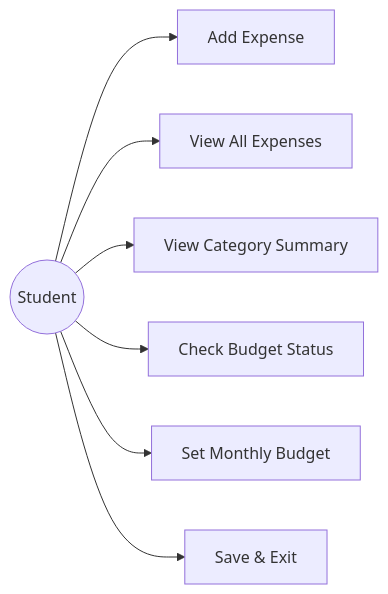
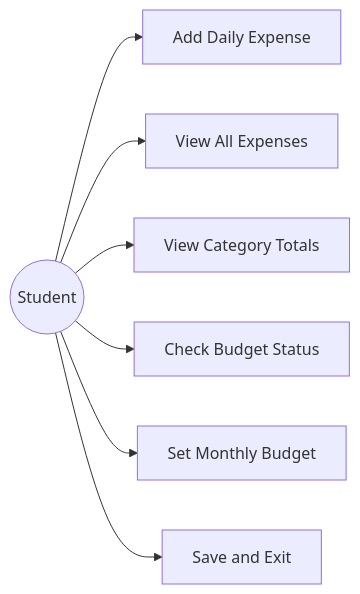
Before and after one commit to Aditya26bai10148-creator/student-expense-tracker: the second of 5 diagrams in PROJECT_REPORT.md, drawn with Mermaid. The commit also changed other lines of this file and 2 other files, not shown here.

Commit message:
Humanize report and documentation with natural student tone and campus context

````diff
--- a/PROJECT_REPORT.md
+++ b/PROJECT_REPORT.md
@@ -80,10 +97,10 @@
 ```mermaid
 flowchart LR
     Student((Student))
-    Student --> UC1[Add Expense]
+    Student --> UC1[Add Daily Expense]
     Student --> UC2[View All Expenses]
-    Student --> UC3[View Category Summary]
+    Student --> UC3[View Category Totals]
     Student --> UC4[Check Budget Status]
     Student --> UC5[Set Monthly Budget]
-    Student --> UC6[Save & Exit]
+    Student --> UC6[Save and Exit]
 ```
````
